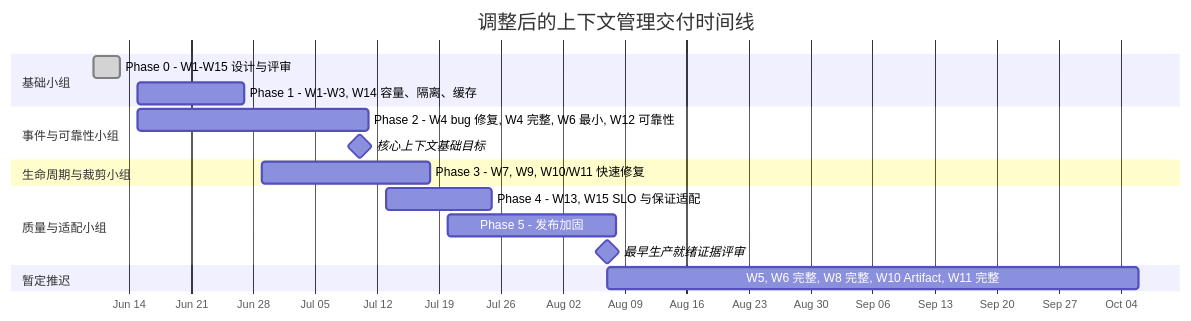
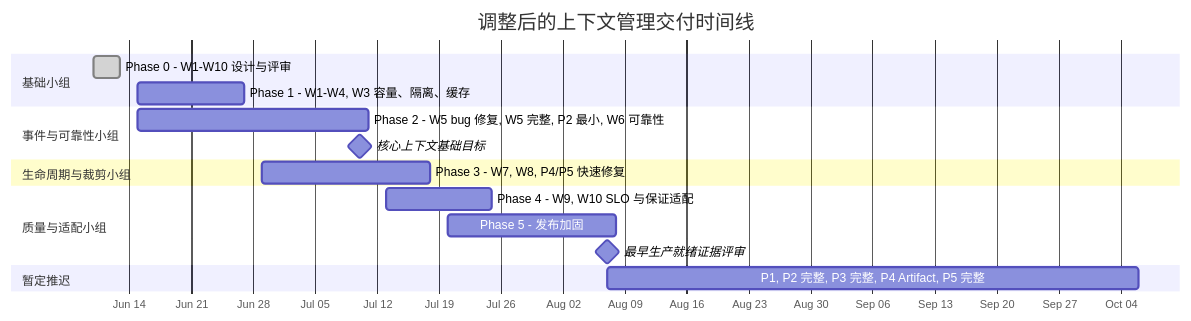
The fifth of 6 diagrams in doc/working/context-management-workstreams/context-management-production-plan-zh.md (ModelEngine-Group/nexent), drawn with Mermaid before and after one commit. The commit also changed other lines of this file and 58 other files, not shown here.

````diff
--- a/doc/working/context-management-workstreams/context-management-production-plan-zh.md
+++ b/doc/working/context-management-workstreams/context-management-production-plan-zh.md
@@ -1183,25 +1183,25 @@
 ```mermaid
 gantt
     title 调整后的上下文管理交付时间线
     dateFormat  YYYY-MM-DD
     axisFormat  %b %d
 
     section 基础小组
-    Phase 0 - W1-W15 设计与评审                 :done, p0, 2026-06-10, 3d
-    Phase 1 - W1-W3, W14 容量、隔离、缓存    :p1, 2026-06-15, 12d
+    Phase 0 - W1-W10 设计与评审                 :done, p0, 2026-06-10, 3d
+    Phase 1 - W1-W4, W3 容量、隔离、缓存    :p1, 2026-06-15, 12d
 
     section 事件与可靠性小组
-    Phase 2 - W4 bug 修复, W4 完整, W6 最小, W12 可靠性 :p2, 2026-06-15, 26d
+    Phase 2 - W5 bug 修复, W5 完整, P2 最小, W6 可靠性 :p2, 2026-06-15, 26d
     核心上下文基础目标                     :milestone, m1, 2026-07-10, 0d
 
     section 生命周期与裁剪小组
-    Phase 3 - W7, W9, W10/W11 快速修复             :p3, 2026-06-29, 19d
+    Phase 3 - W7, W8, P4/P5 快速修复             :p3, 2026-06-29, 19d
 
     section 质量与适配小组
-    Phase 4 - W13, W15 SLO 与保证适配        :p4, 2026-07-13, 12d
+    Phase 4 - W9, W10 SLO 与保证适配        :p4, 2026-07-13, 12d
     Phase 5 - 发布加固                        :p5, 2026-07-20, 19d
     最早生产就绪证据评审      :milestone, m2, 2026-08-07, 0d
 
     section 暂定推迟
-    W5, W6 完整, W8 完整, W10 Artifact, W11 完整      :deferred, 2026-08-07, 60d
+    P1, P2 完整, P3 完整, P4 Artifact, P5 完整      :deferred, 2026-08-07, 60d
 ```
````
